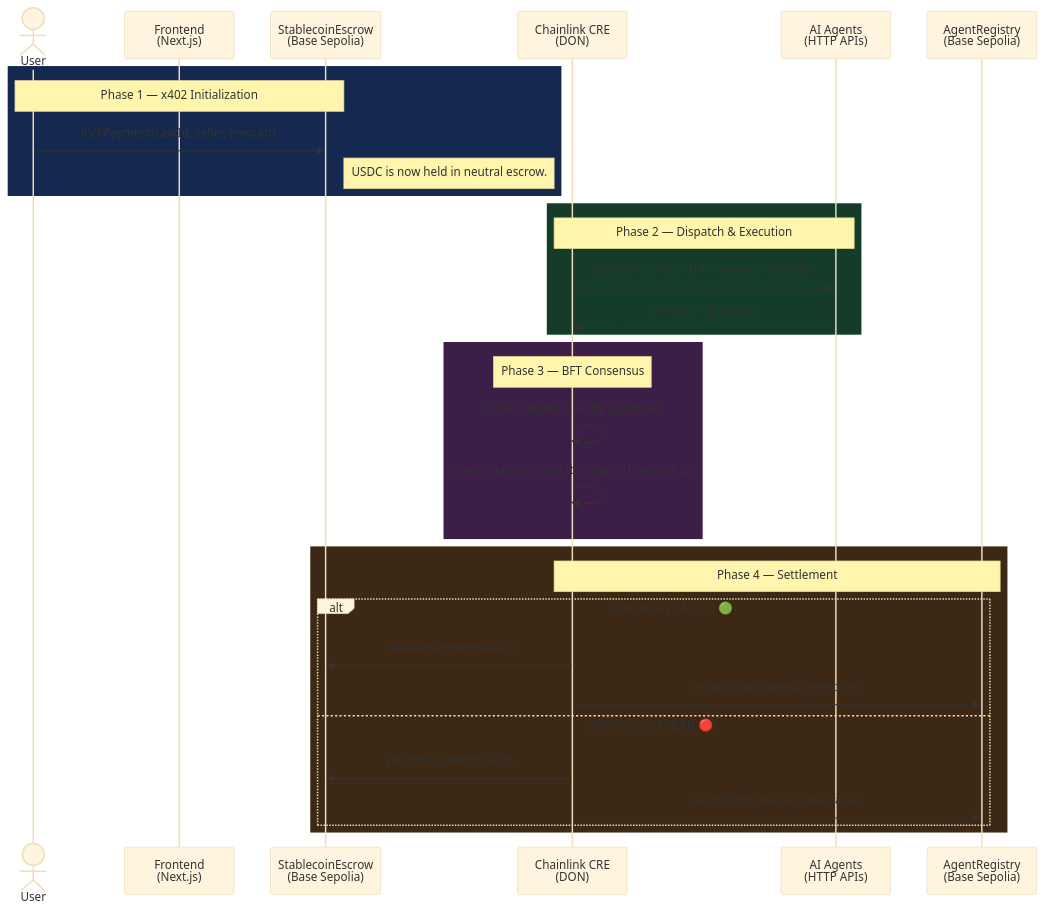
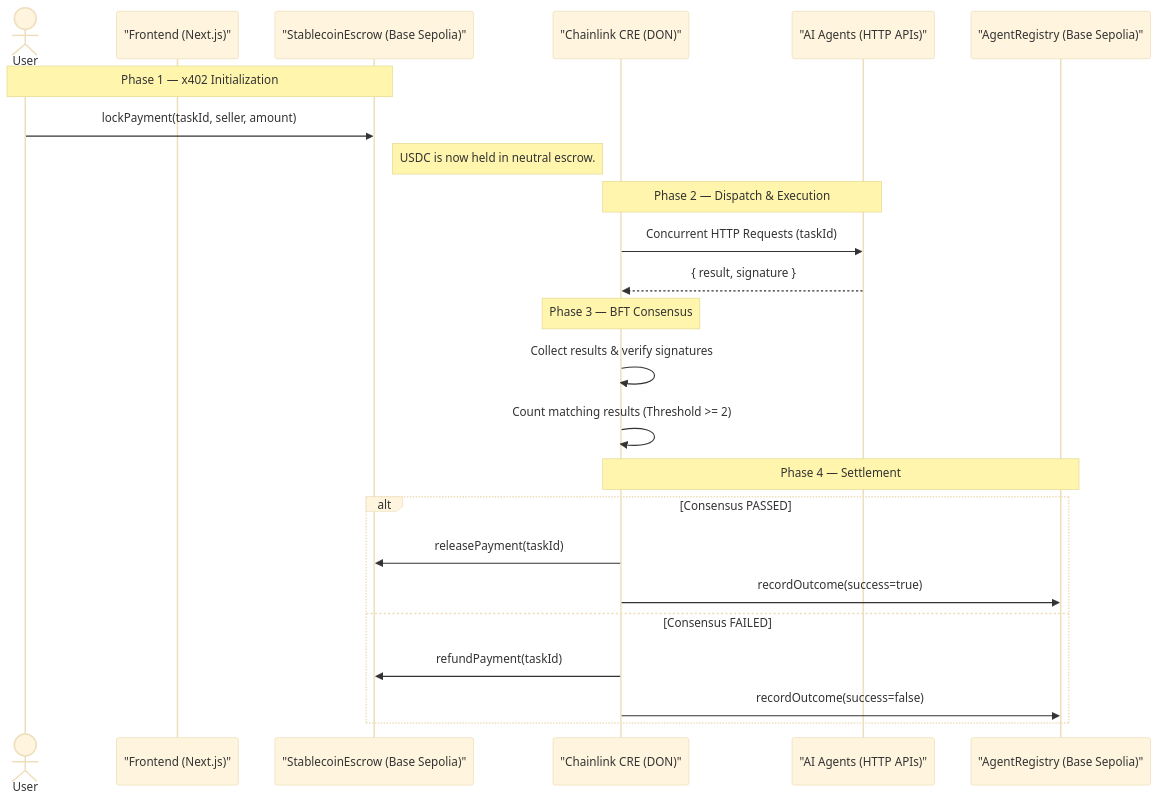
The diagram in README.md (devfola/LinkGate), drawn with Mermaid (base theme) before and after one commit. The commit also changed other lines of this file, not shown here.

Commit message:
docs: refactor Mermaid diagram for GitHub compatibility in README

````diff
--- a/README.md
+++ b/README.md
@@ -47,38 +47,30 @@
 ```mermaid
 sequenceDiagram
     actor User
-    participant Frontend as Frontend<br/>(Next.js)
-    participant Escrow as StablecoinEscrow<br/>(Base Sepolia)
-    participant CRE as Chainlink CRE<br/>(DON)
-    participant Agents as AI Agents<br/>(HTTP APIs)
-    participant Registry as AgentRegistry<br/>(Base Sepolia)
+    participant Frontend as "Frontend (Next.js)"
+    participant Escrow as "StablecoinEscrow (Base Sepolia)"
+    participant CRE as "Chainlink CRE (DON)"
+    participant Agents as "AI Agents (HTTP APIs)"
+    participant Registry as "AgentRegistry (Base Sepolia)"
 
-    rect rgb(20, 40, 80)
-        Note over User,Escrow: Phase 1 — x402 Initialization
-        User->>Escrow: lockPayment(taskId, seller, amount)
-        Note right of Escrow: USDC is now held in neutral escrow.
-    end
+    Note over User, Escrow: Phase 1 — x402 Initialization
+    User->>Escrow: lockPayment(taskId, seller, amount)
+    Note right of Escrow: USDC is now held in neutral escrow.
 
-    rect rgb(20, 60, 40)
-        Note over CRE,Agents: Phase 2 — Dispatch & Execution
-        CRE->>Agents: par Concurrent HTTP Requests (taskId)
-        Agents-->>CRE: { result, signature }
-    end
+    Note over CRE, Agents: Phase 2 — Dispatch & Execution
+    CRE->>Agents: Concurrent HTTP Requests (taskId)
+    Agents-->>CRE: { result, signature }
 
-    rect rgb(60, 30, 70)
-        Note over CRE: Phase 3 — BFT Consensus
-        CRE->>CRE: Collect results & verify signatures
-        CRE->>CRE: Count matching result strings (Threshold ≥2)
-    end
+    Note over CRE: Phase 3 — BFT Consensus
+    CRE->>CRE: Collect results & verify signatures
+    CRE->>CRE: Count matching results (Threshold >= 2)
 
-    rect rgb(60, 40, 20)
-        Note over CRE,Registry: Phase 4 — Settlement
-        alt Consensus PASSED 🟢
-            CRE->>Escrow: releasePayment(taskId)
-            CRE->>Registry: recordOutcome(success=true)
-        else Consensus FAILED 🔴
-            CRE->>Escrow: refundPayment(taskId)
-            CRE->>Registry: recordOutcome(success=false)
-        end
+    Note over CRE, Registry: Phase 4 — Settlement
+    alt Consensus PASSED
+        CRE->>Escrow: releasePayment(taskId)
+        CRE->>Registry: recordOutcome(success=true)
+    else Consensus FAILED
+        CRE->>Escrow: refundPayment(taskId)
+        CRE->>Registry: recordOutcome(success=false)
     end
 ```
````
